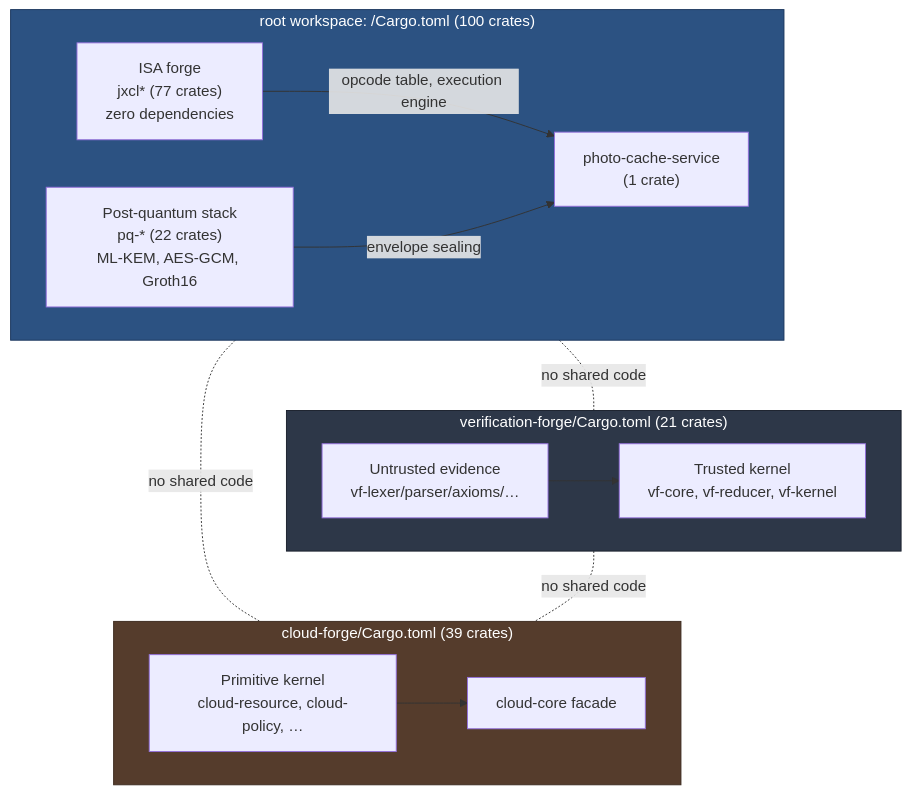
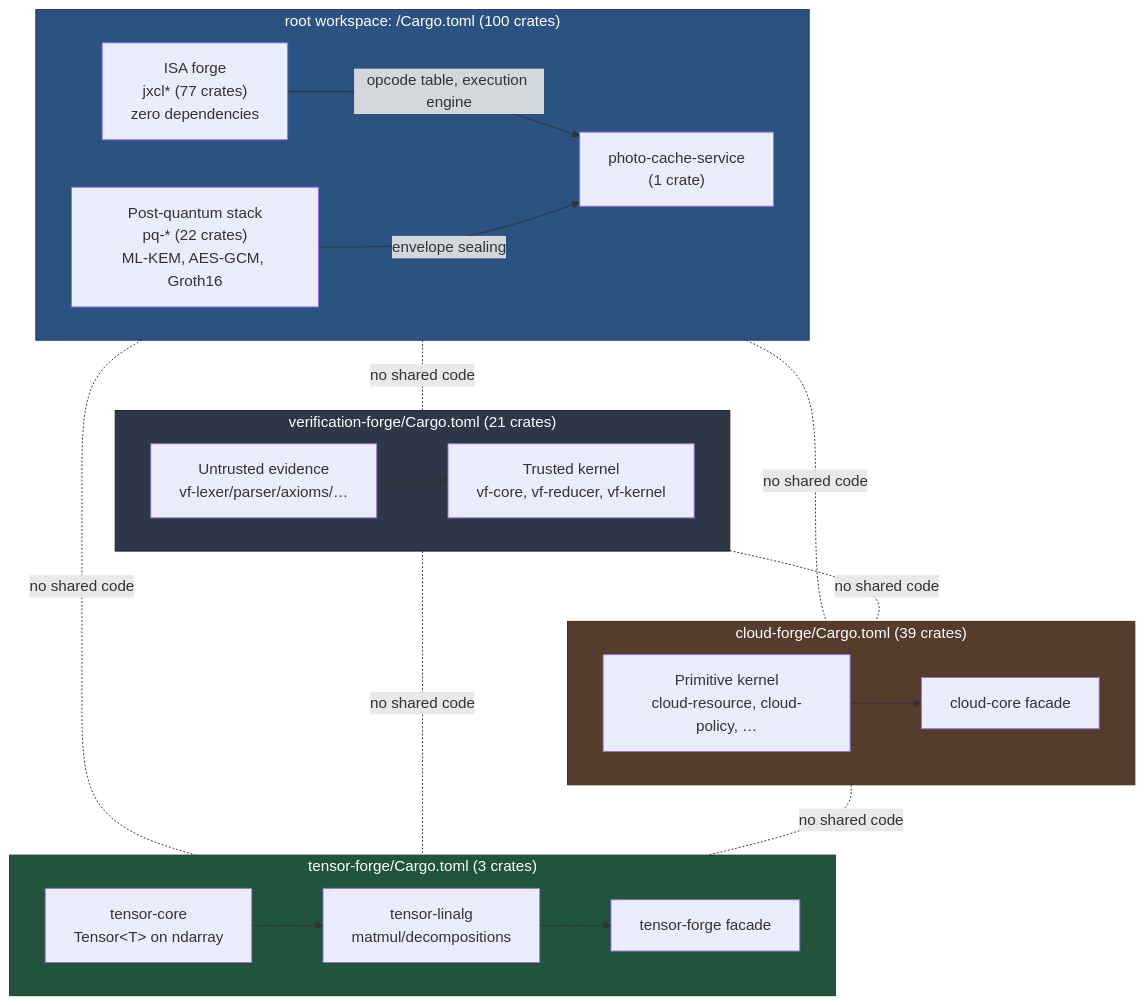
One commit to SNAPKITTYAGENT9NOVA/tlm-jxcl-forge changed the first of 5 diagrams in README.md. Above: the diagram before and after it, drawn with Mermaid. The commit also changed other lines of this file and 39 other files, not shown here.

First line of the commit message:
Add tensor-forge: an ndarray-based tensor library workspace

````diff
--- a/README.md
+++ b/README.md
@@ -69,33 +72,45 @@
 ```mermaid
 flowchart TB
     subgraph ROOT["root workspace: /Cargo.toml (100 crates)"]
         direction LR
         isa["ISA forge<br/>jxcl* (77 crates)<br/>zero dependencies"]
         pq["Post-quantum stack<br/>pq-* (22 crates)<br/>ML-KEM, AES-GCM, Groth16"]
         svc["photo-cache-service<br/>(1 crate)"]
         isa -->|opcode table, execution engine| svc
         pq -->|envelope sealing| svc
     end
 
     subgraph VF["verification-forge/Cargo.toml (21 crates)"]
         direction LR
         vfk["Trusted kernel<br/>vf-core, vf-reducer, vf-kernel"]
         vfe["Untrusted evidence<br/>vf-lexer/parser/axioms/…"]
         vfe --> vfk
     end
 
     subgraph CF["cloud-forge/Cargo.toml (39 crates)"]
         direction LR
         cfk["Primitive kernel<br/>cloud-resource, cloud-policy, …"]
         cfc["cloud-core facade"]
         cfk --> cfc
     end
 
+    subgraph TF["tensor-forge/Cargo.toml (3 crates)"]
+        direction LR
+        tfc["tensor-core<br/>Tensor&lt;T&gt; on ndarray"]
+        tfl["tensor-linalg<br/>matmul/decompositions"]
+        tff["tensor-forge facade"]
+        tfc --> tfl --> tff
+    end
+
     ROOT -.no shared code.- VF
     ROOT -.no shared code.- CF
+    ROOT -.no shared code.- TF
     VF -.no shared code.- CF
+    VF -.no shared code.- TF
+    CF -.no shared code.- TF
 
     style ROOT fill:#2c5282,color:#fff,stroke:#1a365d
     style VF fill:#2d3748,color:#fff,stroke:#1a202c
     style CF fill:#553c2c,color:#fff,stroke:#3d2b1f
+    style TF fill:#22543d,color:#fff,stroke:#1a3a2c
 ```
````
